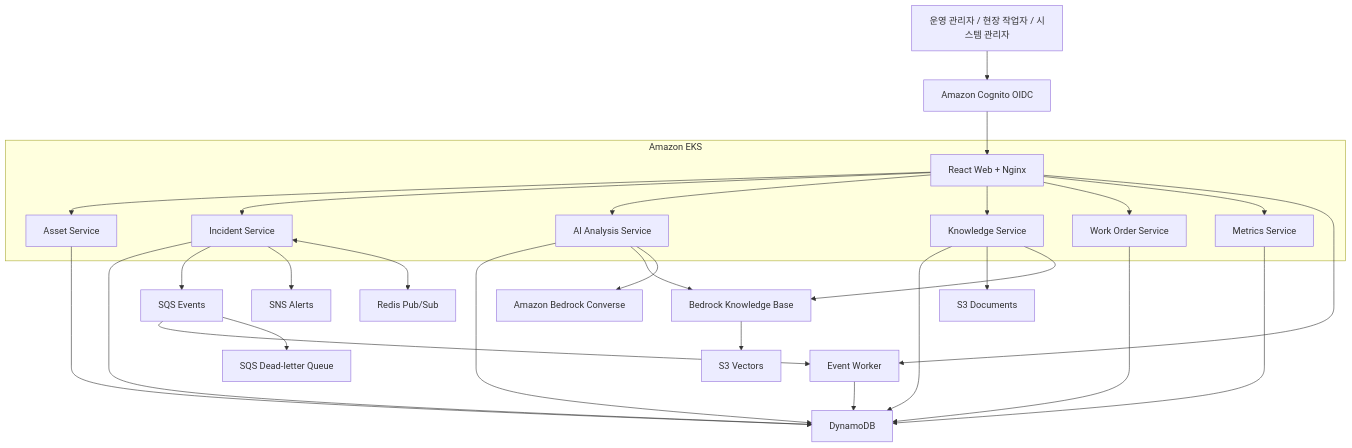
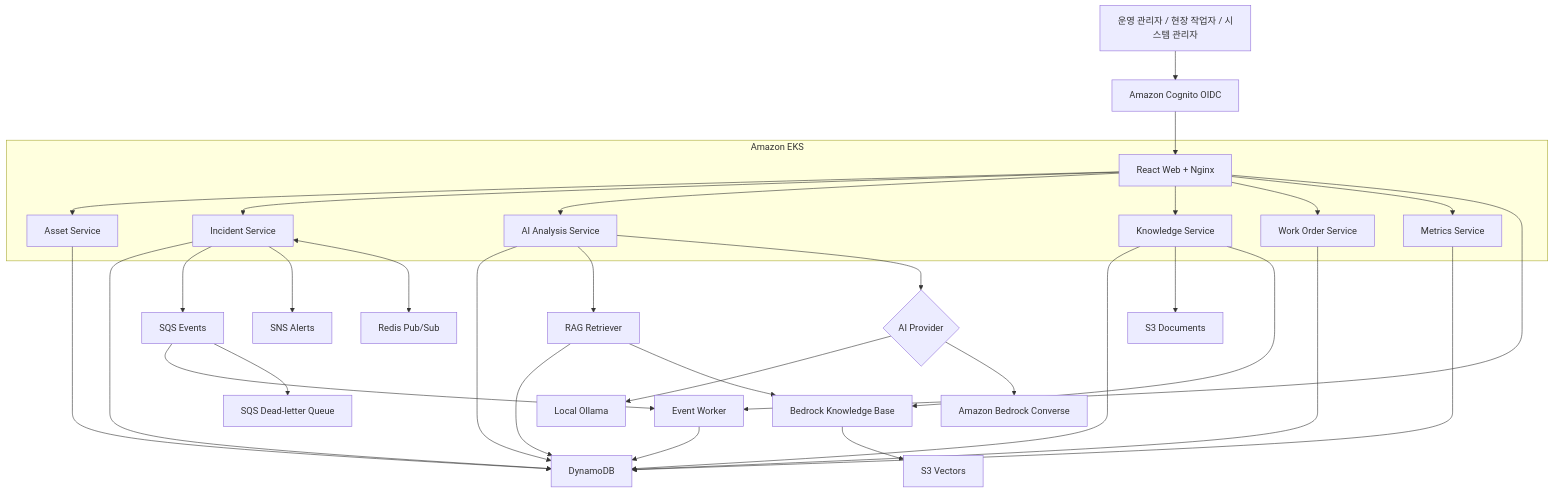
Before and after one commit to choiseongjun/AX-sentinel: the second of 2 diagrams in README.md, drawn with Mermaid. The commit also changed other lines of this file, not shown here.

````diff
--- a/README.md
+++ b/README.md
@@ -63,47 +153,51 @@
 ```mermaid
 flowchart TB
     User["운영 관리자 / 현장 작업자 / 시스템 관리자"]
     Cognito["Amazon Cognito OIDC"]
     Web["React Web + Nginx"]
 
     User --> Cognito
     Cognito --> Web
 
     Web --> Asset["Asset Service"]
     Web --> Incident["Incident Service"]
     Web --> AI["AI Analysis Service"]
     Web --> Knowledge["Knowledge Service"]
     Web --> Work["Work Order Service"]
     Web --> Metrics["Metrics Service"]
     Web --> EventWorker["Event Worker"]
 
     Asset --> DDB["DynamoDB"]
     Incident --> DDB
     AI --> DDB
     Knowledge --> DDB
     Work --> DDB
     Metrics --> DDB
     EventWorker --> DDB
 
     Knowledge --> S3["S3 Documents"]
     Knowledge --> KB["Bedrock Knowledge Base"]
     KB --> Vector["S3 Vectors"]
-    AI --> KB
-    AI --> Bedrock["Amazon Bedrock Converse"]
+    AI --> RAG["RAG Retriever"]
+    RAG --> DDB
+    RAG --> KB
+    AI --> Provider{"AI Provider"}
+    Provider --> Ollama["Local Ollama"]
+    Provider --> Bedrock["Amazon Bedrock Converse"]
 
     Incident --> SQS["SQS Events"]
     SQS --> EventWorker
     SQS --> DLQ["SQS Dead-letter Queue"]
     Incident --> SNS["SNS Alerts"]
     Incident <--> Redis["Redis Pub/Sub"]
 
     subgraph EKS["Amazon EKS"]
         Web
         Asset
         Incident
         AI
         Knowledge
         Work
         Metrics
     end
 ```
````
